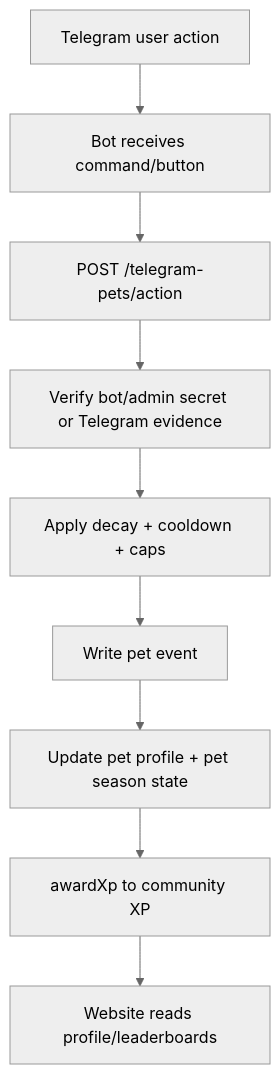
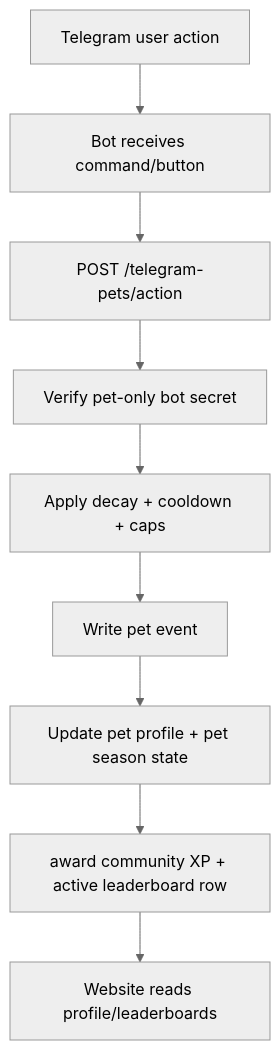
The diagram in docs/moonboys-pets-telegram-roguelite-plan.md (Crypto-Moonboys/Crypto-Moonboys.github.io), drawn with Mermaid (neutral theme) before and after one commit. The commit also changed other lines of this file, not shown here.

Commit message:
Address pets secret and leaderboard review

````diff
--- a/docs/moonboys-pets-telegram-roguelite-plan.md
+++ b/docs/moonboys-pets-telegram-roguelite-plan.md
@@ -316,11 +325,11 @@
 ```mermaid
 flowchart TD
   A[Telegram user action] --> B[Bot receives command/button]
   B --> C[POST /telegram-pets/action]
-  C --> D[Verify bot/admin secret or Telegram evidence]
+  C --> D[Verify pet-only bot secret]
   D --> E[Apply decay + cooldown + caps]
   E --> F[Write pet event]
   F --> G[Update pet profile + pet season state]
-  G --> H[awardXp to community XP]
+  G --> H[award community XP + active leaderboard row]
   H --> I[Website reads profile/leaderboards]
 ```
````
